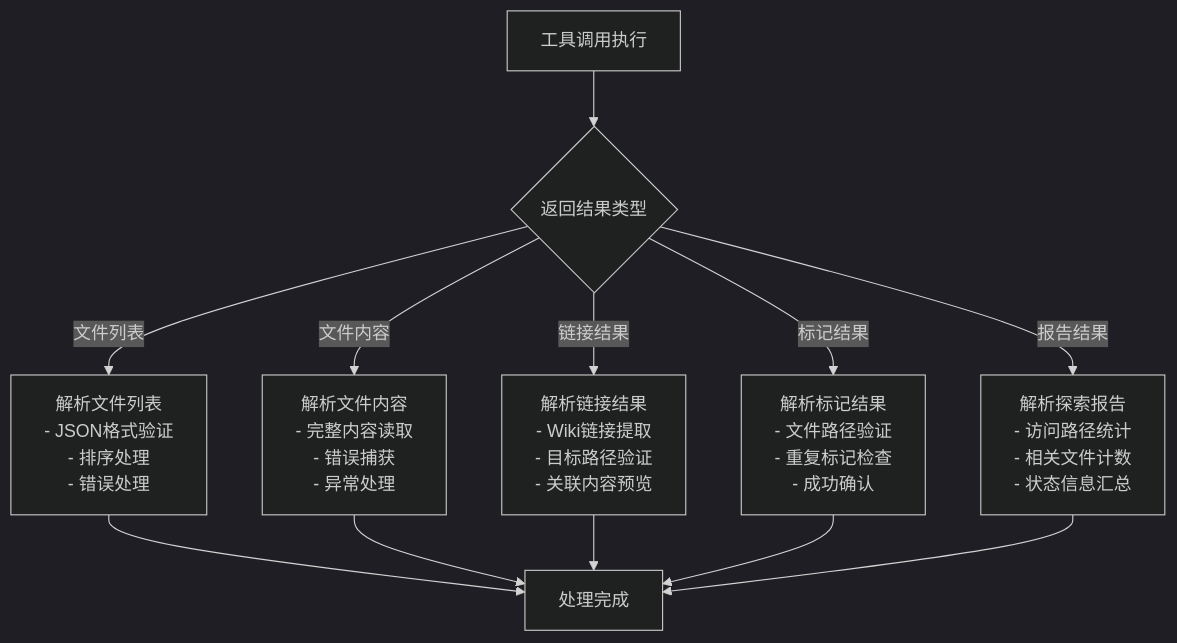
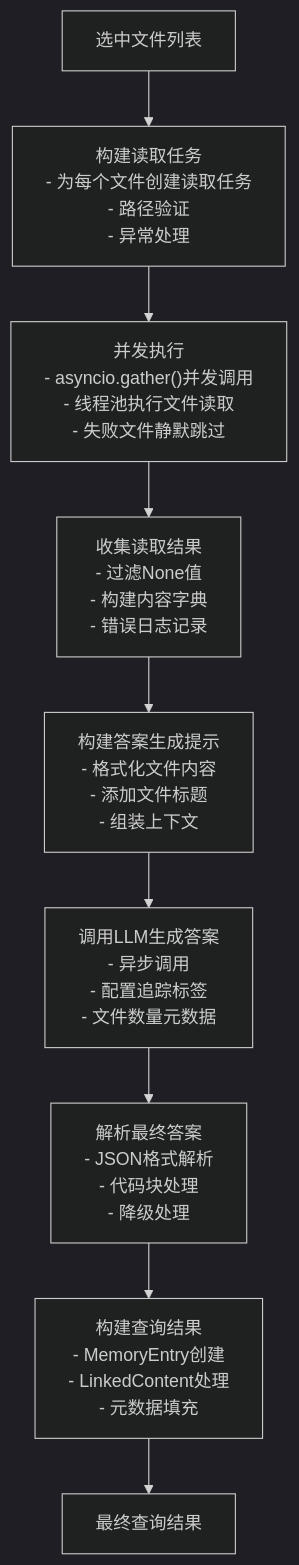
The fourth of 8 diagrams in .qoder/repowiki/zh/content/知识库系统/知识库查询机制.md (WangYiKai1017/zizuan), drawn with Mermaid (dark theme) before and after one commit. The commit also changed other lines of this file and 7 other files, not shown here.

````diff
--- a/.qoder/repowiki/zh/content/知识库系统/知识库查询机制.md
+++ b/.qoder/repowiki/zh/content/知识库系统/知识库查询机制.md
@@ -221,14 +192,11 @@
 ```mermaid
 flowchart TD
-Action[工具调用执行] --> Result{返回结果类型}
-Result --> |文件列表| ParseFiles["解析文件列表<br/>- JSON格式验证<br/>- 排序处理<br/>- 错误处理"]
-Result --> |文件内容| ParseContent["解析文件内容<br/>- 完整内容读取<br/>- 错误捕获<br/>- 异常处理"]
-Result --> |链接结果| ParseLinks["解析链接结果<br/>- Wiki链接提取<br/>- 目标路径验证<br/>- 关联内容预览"]
-Result --> |标记结果| ParseMark["解析标记结果<br/>- 文件路径验证<br/>- 重复标记检查<br/>- 成功确认"]
-Result --> |报告结果| ParseReport["解析探索报告<br/>- 访问路径统计<br/>- 相关文件计数<br/>- 状态信息汇总"]
-ParseFiles --> Process[处理完成]
-ParseContent --> Process
-ParseLinks --> Process
-ParseMark --> Process
-ParseReport --> Process
+SelectFiles[选中文件列表] --> BuildReadTasks["构建读取任务<br/>- 为每个文件创建读取任务<br/>- 路径验证<br/>- 异常处理"]
+BuildReadTasks --> Concurrency["并发执行<br/>- asyncio.gather()并发调用<br/>- 线程池执行文件读取<br/>- 失败文件静默跳过"]
+Concurrency --> ReadResults["收集读取结果<br/>- 过滤None值<br/>- 构建内容字典<br/>- 错误日志记录"]
+ReadResults --> BuildAnswerPrompt["构建答案生成提示<br/>- 格式化文件内容<br/>- 添加文件标题<br/>- 组装上下文"]
+BuildAnswerPrompt --> CallAnswerLLM["调用LLM生成答案<br/>- 异步调用<br/>- 配置追踪标签<br/>- 文件数量元数据"]
+CallAnswerLLM --> ParseAnswer["解析最终答案<br/>- JSON格式解析<br/>- 代码块处理<br/>- 降级处理"]
+ParseAnswer --> BuildResult["构建查询结果<br/>- MemoryEntry创建<br/>- LinkedContent处理<br/>- 元数据填充"]
+BuildResult --> FinalResult[最终查询结果]
 ```
````
